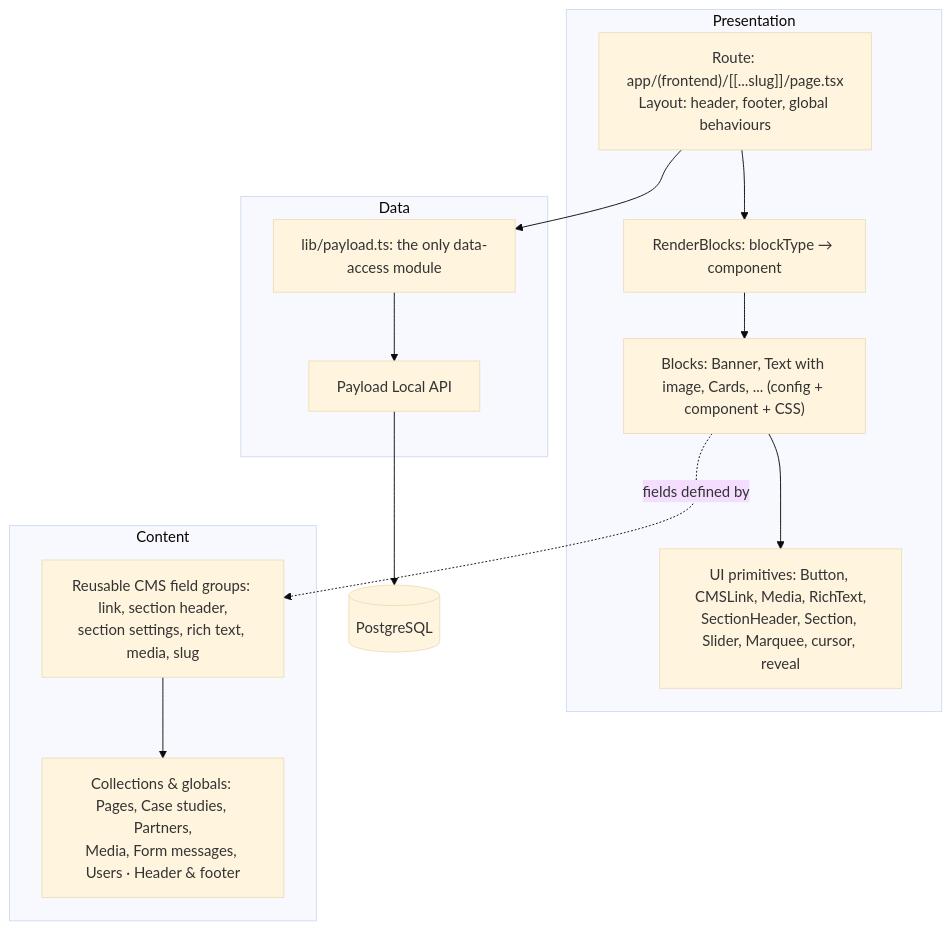
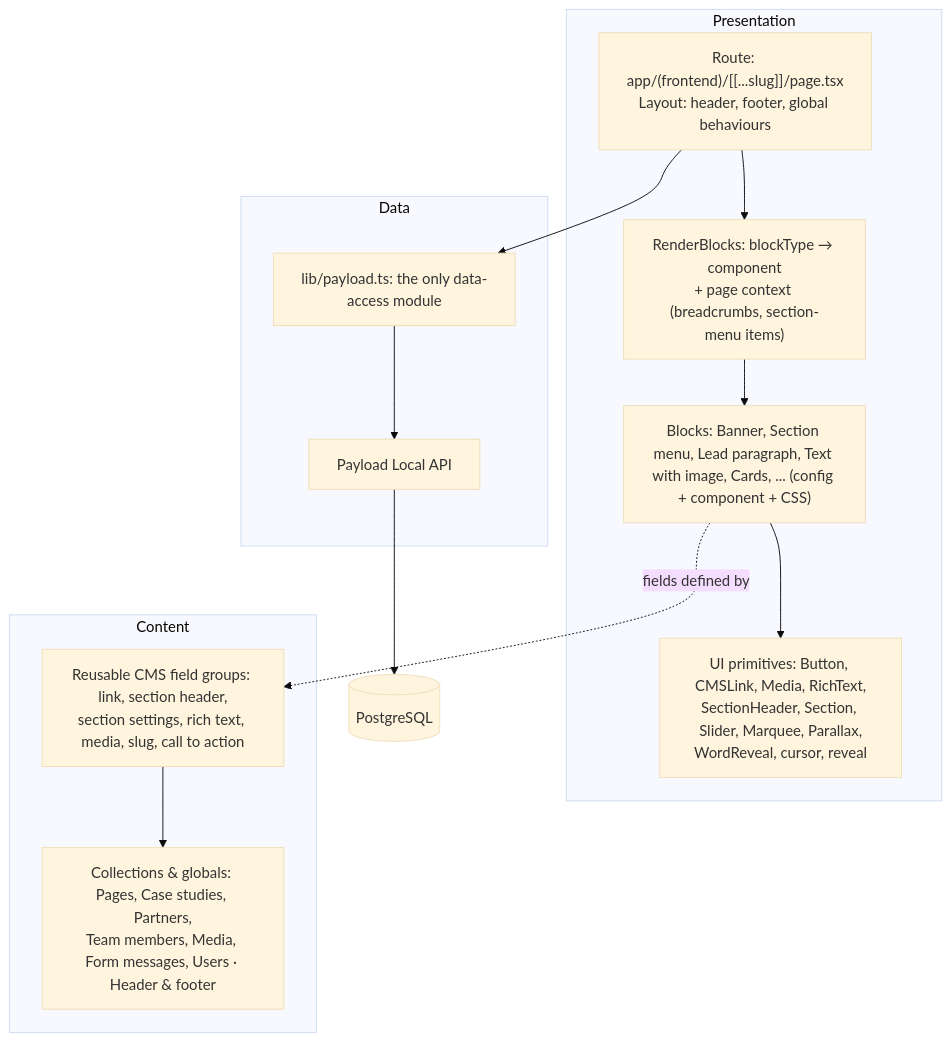
One commit to nidheeshvb/PLG changed the second of 8 diagrams in docs/architecture.md. Above: the diagram before and after it, drawn with Mermaid (base theme). The commit also changed other lines of this file and 84 other files, not shown here.

First line of the commit message:
Add About, Our Story and The Team pages

````diff
--- a/docs/architecture.md
+++ b/docs/architecture.md
@@ -50,21 +50,21 @@
 ```mermaid
 flowchart TB
   subgraph Presentation
     R["Route: app/(frontend)/[[...slug]]/page.tsx<br/>Layout: header, footer, global behaviours"]
-    RB[RenderBlocks: blockType → component]
-    B["Blocks: Banner, Text with image, Cards, ... (config + component + CSS)"]
-    UI["UI primitives: Button, CMSLink, Media, RichText,<br/>SectionHeader, Section, Slider, Marquee, cursor, reveal"]
+    RB["RenderBlocks: blockType → component<br/>+ page context (breadcrumbs, section-menu items)"]
+    B["Blocks: Banner, Section menu, Lead paragraph, Text with image, Cards, ... (config + component + CSS)"]
+    UI["UI primitives: Button, CMSLink, Media, RichText,<br/>SectionHeader, Section, Slider, Marquee, Parallax,<br/>WordReveal, cursor, reveal"]
   end
   subgraph Content
-    F["Reusable CMS field groups: link, section header,<br/>section settings, rich text, media, slug"]
-    COL["Collections & globals: Pages, Case studies, Partners,<br/>Media, Form messages, Users · Header & footer"]
+    F["Reusable CMS field groups: link, section header,<br/>section settings, rich text, media, slug, call to action"]
+    COL["Collections & globals: Pages, Case studies, Partners,<br/>Team members, Media, Form messages, Users · Header & footer"]
   end
   subgraph Data
     L["lib/payload.ts: the only data-access module"]
     P[Payload Local API]
   end
   R --> RB --> B --> UI
   B -. fields defined by .-> F
   F --> COL
   R --> L --> P --> PG[(PostgreSQL)]
 ```
````
